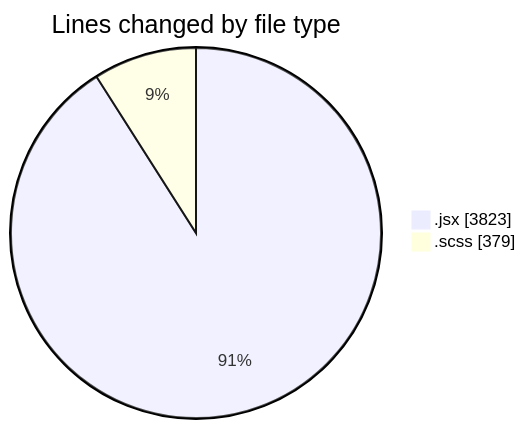
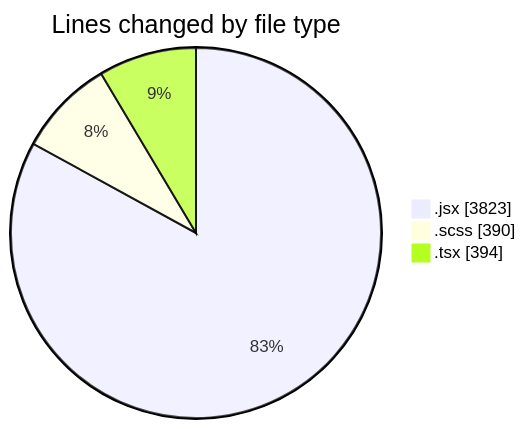
One commit to momahboobian/code-tracking changed the first of 2 diagrams in 2026-09-02/cda/README.md. Above: the diagram before and after it, drawn with Mermaid. The commit also changed other lines of this file and 1 other file, not shown here.

````diff
--- a/2026-09-02/cda/README.md
+++ b/2026-09-02/cda/README.md
@@ -43,6 +45,7 @@
 ```mermaid
 pie showData
 title Lines changed by file type
 ".jsx" : 3823
-".scss" : 379
+".scss" : 390
+".tsx" : 394
 ```
````
